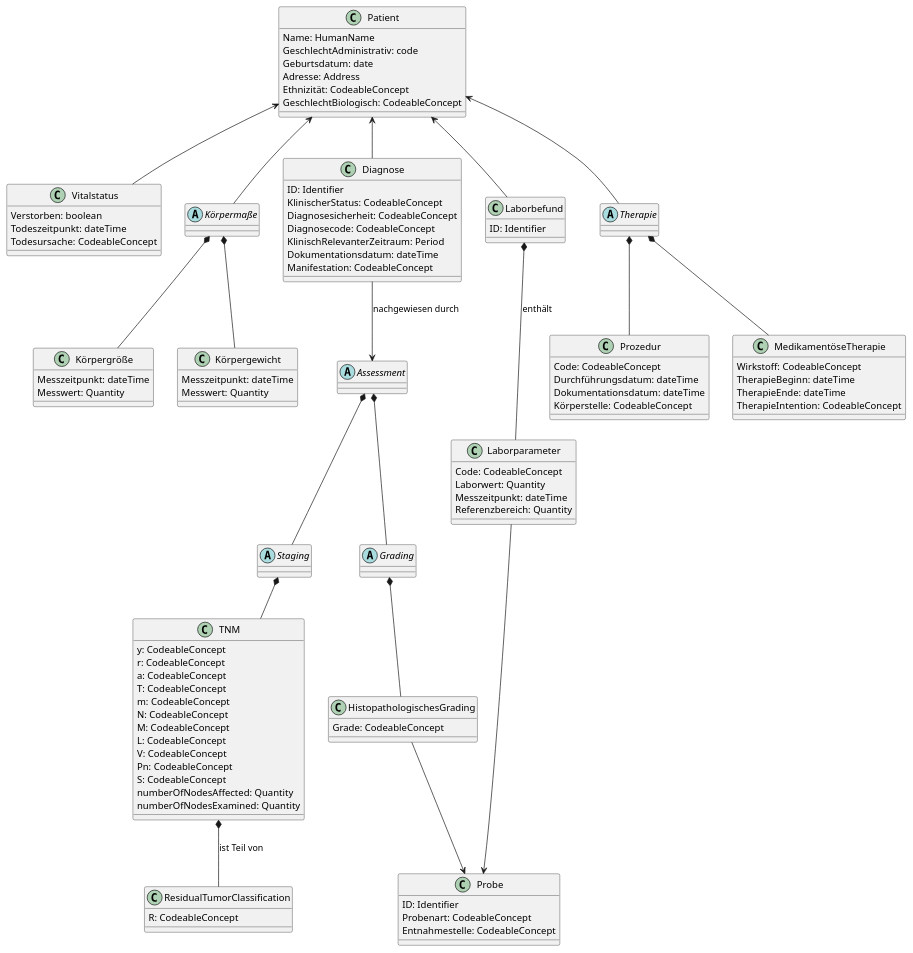
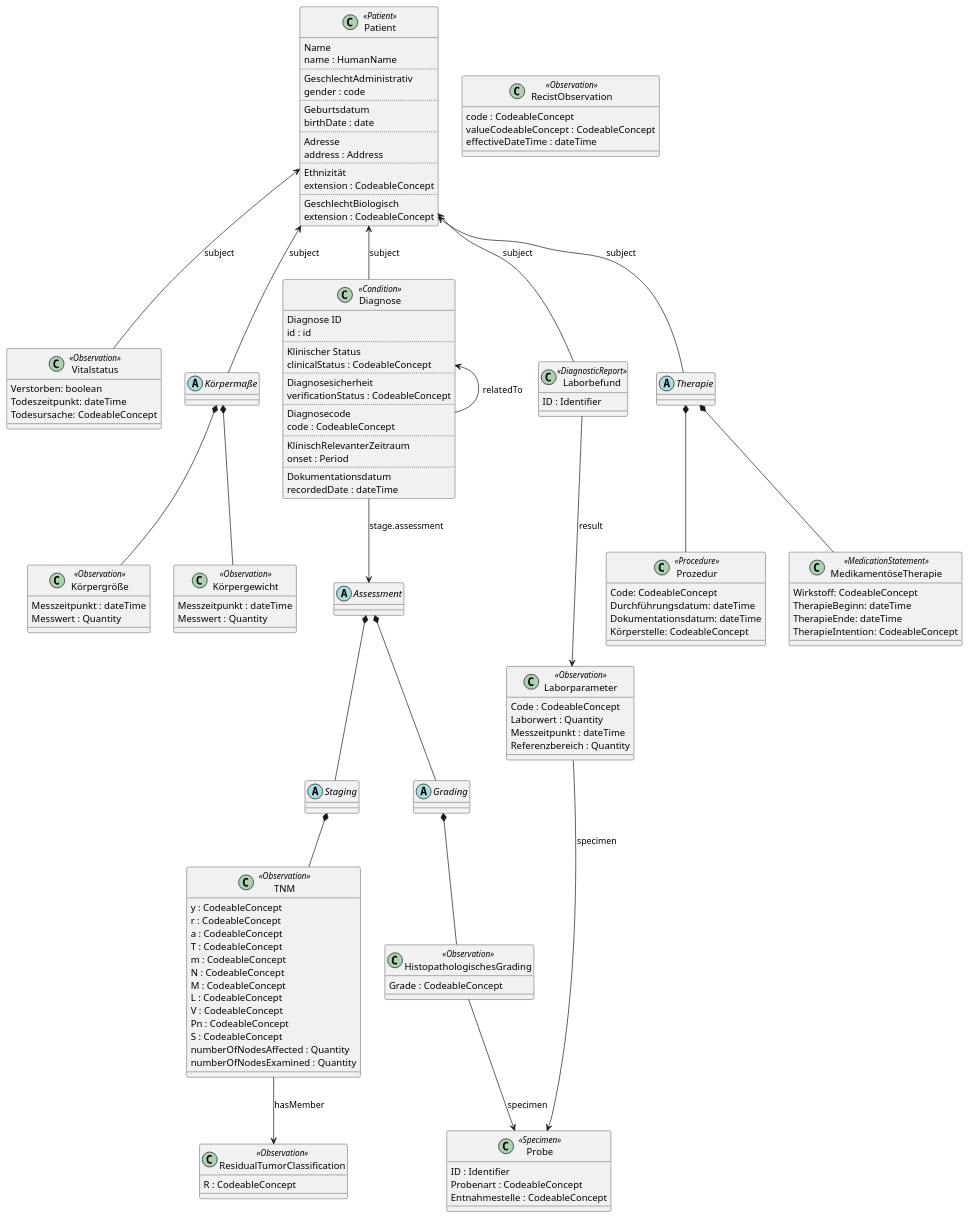
The diagram in input/images/model.puml (vision-zero-oncology/GOLD), drawn with PlantUML before and after one commit. The commit also changed 1 other file, not shown here.

```diff
--- a/input/images/model.puml
+++ b/input/images/model.puml
@@ -1,143 +1,173 @@
-@startuml "GOLD" 
+@startuml "GOLD"
 skinparam groupInheritance 2
 
-class Patient {
-    Name: HumanName
-    GeschlechtAdministrativ: code
-    Geburtsdatum: date 
-    Adresse: Address
-    Ethnizität: CodeableConcept
-    GeschlechtBiologisch: CodeableConcept
+class Patient <<Patient>> {
+    Name
+    name : HumanName
+    ..
+    GeschlechtAdministrativ
+    gender : code
+    ..
+    Geburtsdatum
+    birthDate : date
+    ..
+    Adresse
+    address : Address
+    ..
+    Ethnizität
+    extension : CodeableConcept
+    ..
+    GeschlechtBiologisch
+    extension : CodeableConcept
 }
 
-class Vitalstatus {
+class Vitalstatus <<Observation>> {
     Verstorben: boolean
     Todeszeitpunkt: dateTime
     Todesursache: CodeableConcept
 }
 
-Patient <-- Vitalstatus
+Patient <-- Vitalstatus : subject
 
 abstract Körpermaße {
 
 }
 
-Patient <-- Körpermaße
+Patient <-- Körpermaße : subject
 
-class Körpergröße {
-    Messzeitpunkt: dateTime
-    Messwert: Quantity
+class Körpergröße <<Observation>> {
+    Messzeitpunkt : dateTime
+    Messwert : Quantity
 }
 
 Körpermaße *-- Körpergröße
 
-class Körpergewicht {
-    Messzeitpunkt: dateTime
-    Messwert: Quantity
+class Körpergewicht <<Observation>> {
+    Messzeitpunkt : dateTime
+    Messwert : Quantity
 }
 
 Körpermaße *-- Körpergewicht
 
-class Diagnose {
-    ID: Identifier
-    KlinischerStatus: CodeableConcept
-    Diagnosesicherheit: CodeableConcept
-    Diagnosecode: CodeableConcept
-    KlinischRelevanterZeitraum: Period
-    Dokumentationsdatum: dateTime
-    Manifestation: CodeableConcept
+class Diagnose <<Condition>> {
+    Diagnose ID
+    id : id
+    ..
+    Klinischer Status
+    clinicalStatus : CodeableConcept
+    ..
+    Diagnosesicherheit
+    verificationStatus : CodeableConcept
+    ..
+    Diagnosecode
+    code : CodeableConcept
+    ..
+    KlinischRelevanterZeitraum
+    onset : Period
+    ..
+    Dokumentationsdatum
+    recordedDate : dateTime
 }
 
-Patient <-- Diagnose
+Patient <-- Diagnose : subject
+Diagnose <-- Diagnose : "relatedTo"
 
-class Laborbefund {
-    ID: Identifier
+class RecistObservation <<Observation>> {
+    code : CodeableConcept
+    valueCodeableConcept : CodeableConcept
+    effectiveDateTime : dateTime
 }
 
-Patient <-- Laborbefund
 
-class Laborparameter {
-    Code: CodeableConcept
-    Laborwert: Quantity
-    Messzeitpunkt: dateTime
-    Referenzbereich: Quantity
+
+class Laborbefund <<DiagnosticReport>> {
+    ID : Identifier
 }
 
-class Probe {
-    ID: Identifier
-    Probenart: CodeableConcept
-    Entnahmestelle: CodeableConcept
+Patient <-- Laborbefund : subject
+
+class Laborparameter <<Observation>> {
+    Code : CodeableConcept
+    Laborwert : Quantity
+    Messzeitpunkt : dateTime
+    Referenzbereich : Quantity
 }
 
-Laborbefund *-- Laborparameter : enthält
-Laborparameter --> Probe
+class Probe <<Specimen>> {
+    ID : Identifier
+    Probenart : CodeableConcept
+    Entnahmestelle : CodeableConcept
+}
+
+Laborbefund --> Laborparameter : result
+Laborparameter --> Probe : specimen
 
 abstract Assessment {
 
 }
 
 abstract Staging {
 
 }
 
 abstract Grading {
 
 }
 
-class TNM {
-    y: CodeableConcept
-    r: CodeableConcept
-    a: CodeableConcept
-    T: CodeableConcept
-    m: CodeableConcept
-    N: CodeableConcept
-    M: CodeableConcept
-    L: CodeableConcept
-    V: CodeableConcept
-    Pn: CodeableConcept
-    S: CodeableConcept
-    numberOfNodesAffected: Quantity
-    numberOfNodesExamined: Quantity
+class TNM <<Observation>> {
+    y : CodeableConcept
+    r : CodeableConcept
+    a : CodeableConcept
+    T : CodeableConcept
+    m : CodeableConcept
+    N : CodeableConcept
+    M : CodeableConcept
+    L : CodeableConcept
+    V : CodeableConcept
+    Pn : CodeableConcept
+    S : CodeableConcept
+    numberOfNodesAffected : Quantity
+    numberOfNodesExamined : Quantity
 }
 
-class ResidualTumorClassification {
-    R: CodeableConcept
+class ResidualTumorClassification <<Observation>> {
+    R : CodeableConcept
 }
 
-TNM *-- ResidualTumorClassification : ist Teil von
+TNM --> ResidualTumorClassification : hasMember
 
-class HistopathologischesGrading {
-    Grade: CodeableConcept
+class HistopathologischesGrading <<Observation>> {
+    Grade : CodeableConcept
 }
 
 Assessment *-- Staging
 Assessment *-- Grading
 Staging *-- TNM
 Grading *-- HistopathologischesGrading
-Diagnose --> Assessment : nachgewiesen durch
-HistopathologischesGrading --> Probe
+Diagnose --> Assessment : stage.assessment
+HistopathologischesGrading --> Probe : specimen
 
 abstract Therapie {
 
 }
 
-class Prozedur {
+class Prozedur <<Procedure>> {
     Code: CodeableConcept
     Durchführungsdatum: dateTime
     Dokumentationsdatum: dateTime
     Körperstelle: CodeableConcept
 }
 
 Therapie *-- Prozedur
 
-class MedikamentöseTherapie {
+class MedikamentöseTherapie <<MedicationStatement>> {
     Wirkstoff: CodeableConcept
     TherapieBeginn: dateTime
     TherapieEnde: dateTime
     TherapieIntention: CodeableConcept
 }
 
 Therapie *-- MedikamentöseTherapie
-Patient <-- Therapie
+Patient <-- Therapie : subject
 
 @enduml
```
